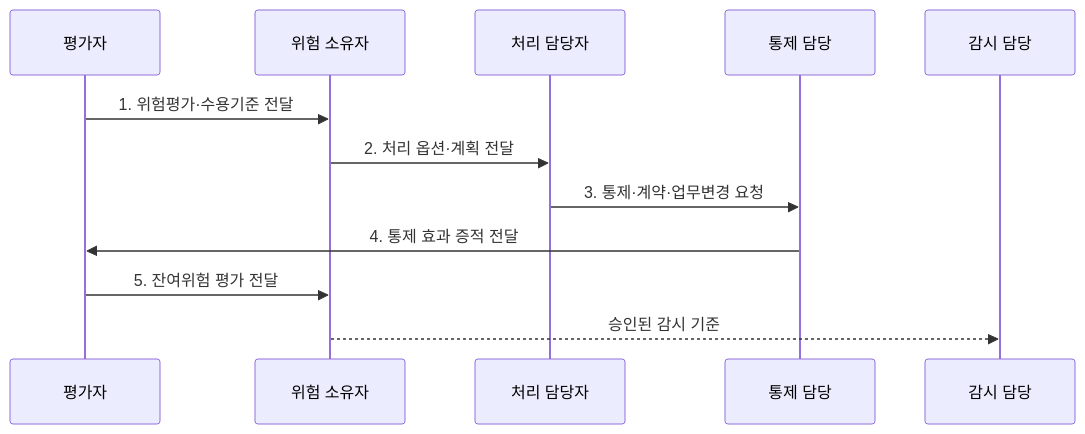
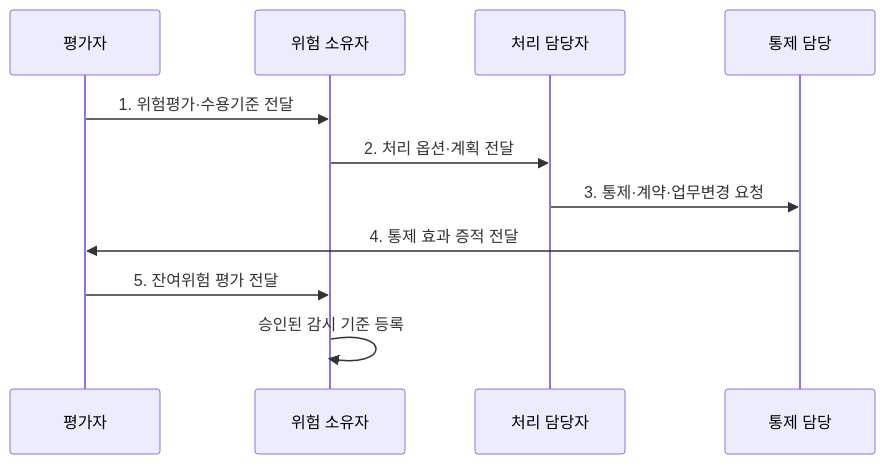
One commit to agnusdei1207/knowledge-base changed the second of 2 diagrams in src/content/docs/notes/05-security/109_risk_treatment.md. Above: the diagram before and after it, drawn with Mermaid. The commit also changed 6 other files, not shown here.

Commit message:
Simplify governance and forensics sequences

````diff
--- a/src/content/docs/notes/05-security/109_risk_treatment.md
+++ b/src/content/docs/notes/05-security/109_risk_treatment.md
@@ -99,14 +99,13 @@
 ```mermaid
 sequenceDiagram
   participant A as 평가자
   participant O as 위험 소유자
   participant T as 처리 담당자
   participant C as 통제 담당
-  participant M as 감시 담당
   A->>O: 1. 위험평가·수용기준 전달
   O->>T: 2. 처리 옵션·계획 전달
   T->>C: 3. 통제·계약·업무변경 요청
   C->>A: 4. 통제 효과 증적 전달
   A->>O: 5. 잔여위험 평가 전달
-  O-->>M: 승인된 감시 기준
+  O->>O: 승인된 감시 기준 등록
 ```
````
